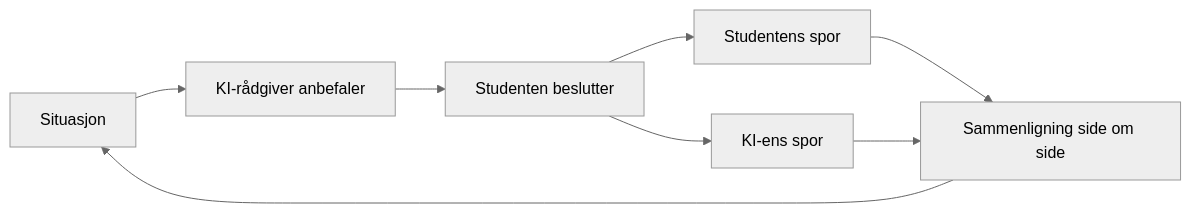
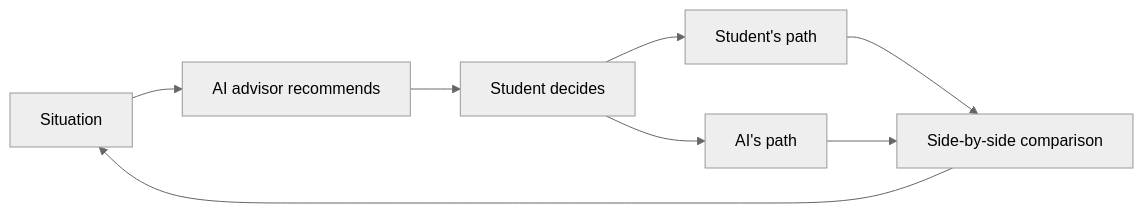
The diagram in README.md (IBE160-2026/G115-endregaard-haaseth-sandberg-engelstad), drawn with Mermaid (neutral theme) before and after one commit. The commit also changed other lines of this file, not shown here.

````diff
--- a/README.md
+++ b/README.md
@@ -19,10 +19,10 @@
 ```mermaid
 flowchart LR
-    A[Situasjon] --> B[KI-rådgiver anbefaler]
-    B --> C[Studenten beslutter]
-    C --> D[Studentens spor]
-    C --> E[KI-ens spor]
-    D --> F[Sammenligning side om side]
+    A[Situation] --> B[AI advisor recommends]
+    B --> C[Student decides]
+    C --> D[Student's path]
+    C --> E[AI's path]
+    D --> F[Side-by-side comparison]
     E --> F
     F --> A
 ```
````
